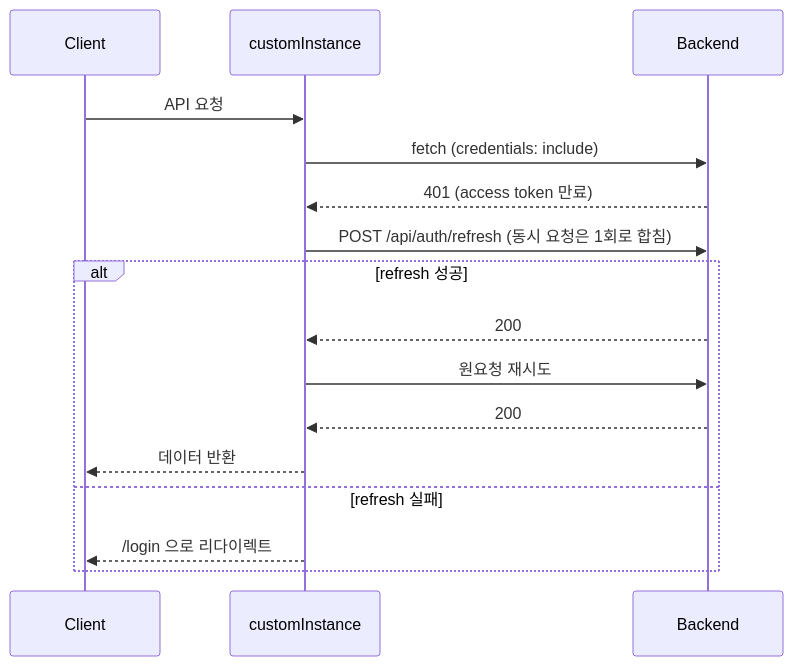
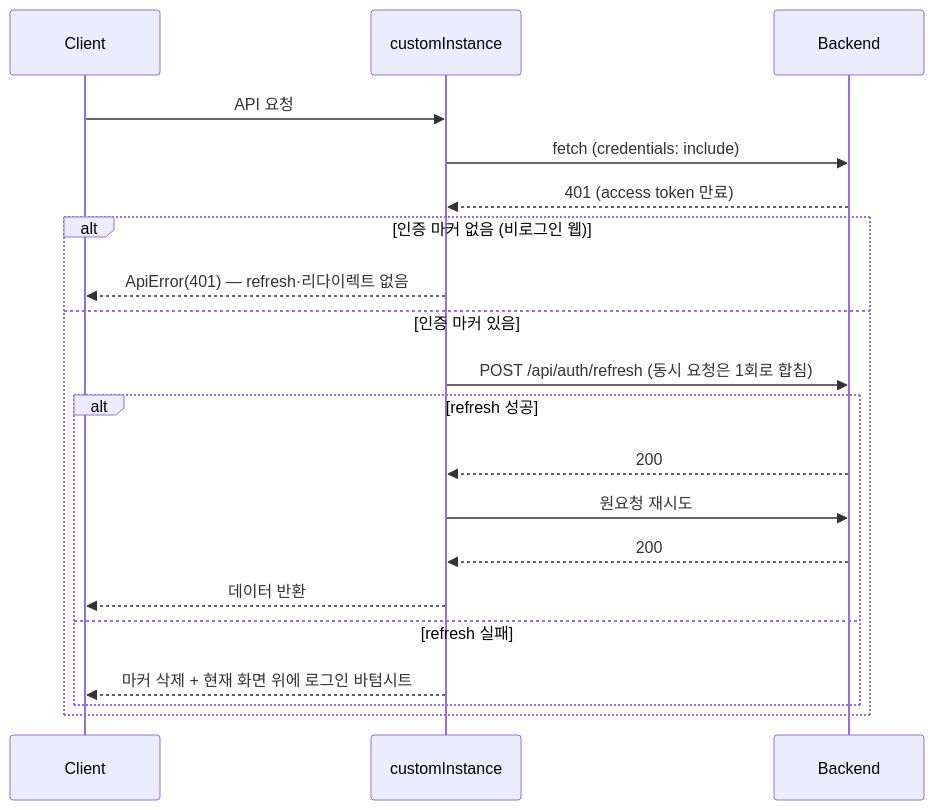
Before and after one commit to peakda/peakda-front: the second of 3 diagrams in ARCHITECTURE.md, drawn with Mermaid. The commit also changed other lines of this file and 12 other files, not shown here.

````diff
--- a/ARCHITECTURE.md
+++ b/ARCHITECTURE.md
@@ -26,19 +26,23 @@
 ```mermaid
 sequenceDiagram
   participant C as Client
   participant M as customInstance
   participant B as Backend
 
   C->>M: API 요청
   M->>B: fetch (credentials: include)
   B-->>M: 401 (access token 만료)
-  M->>B: POST /api/auth/refresh (동시 요청은 1회로 합침)
-  alt refresh 성공
-    B-->>M: 200
-    M->>B: 원요청 재시도
-    B-->>M: 200
-    M-->>C: 데이터 반환
-  else refresh 실패
-    M-->>C: /login 으로 리다이렉트
+  alt 인증 마커 없음 (비로그인 웹)
+    M-->>C: ApiError(401) — refresh·리다이렉트 없음
+  else 인증 마커 있음
+    M->>B: POST /api/auth/refresh (동시 요청은 1회로 합침)
+    alt refresh 성공
+      B-->>M: 200
+      M->>B: 원요청 재시도
+      B-->>M: 200
+      M-->>C: 데이터 반환
+    else refresh 실패
+      M-->>C: 마커 삭제 + 현재 화면 위에 로그인 바텀시트
+    end
   end
 ```
````
